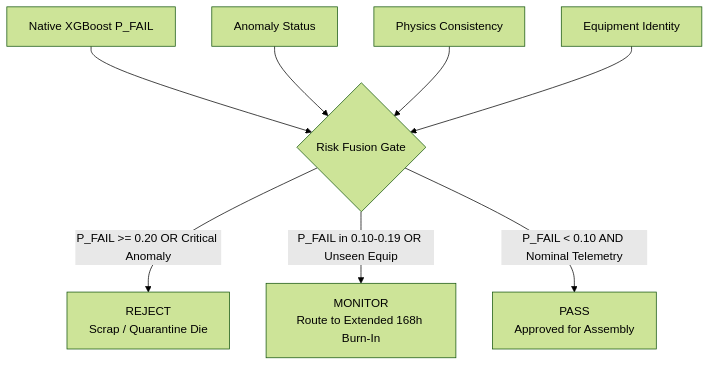
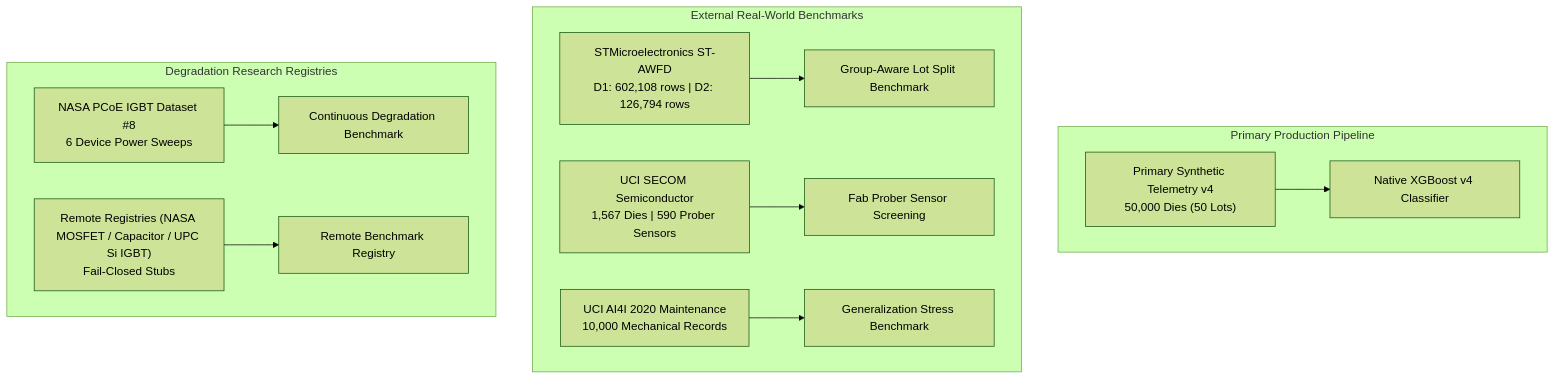
The third of 3 diagrams in README.md (umeshpandeysh/predicta-26), drawn with Mermaid (forest theme) before and after one commit. The commit also changed other lines of this file, not shown here.

Commit message:
docs: redesign README.md for SIH PS-170 with judge-first architecture, dataset coverage ecosystem, and engineering rigor

````diff
--- a/README.md
+++ b/README.md
@@ -302,11 +262,17 @@
 ```mermaid
 flowchart TD
-    A[Native XGBoost P_FAIL] --> G{Risk Fusion Gate}
-    B[Anomaly Status] --> G
-    C[Physics Consistency] --> G
-    D[Equipment Identity] --> G
+    subgraph PRODUCTION ["Primary Production Pipeline"]
+        A["Primary Synthetic Telemetry v4<br/>50,000 Dies (50 Lots)"] --> B[Native XGBoost v4 Classifier]
+    end
 
-    G -->|P_FAIL >= 0.20 OR Critical Anomaly| H[REJECT<br/>Scrap / Quarantine Die]
-    G -->|P_FAIL in 0.10-0.19 OR Unseen Equip| I[MONITOR<br/>Route to Extended 168h Burn-In]
-    G -->|P_FAIL < 0.10 AND Nominal Telemetry| J[PASS<br/>Approved for Assembly]
+    subgraph EXTERNAL ["External Real-World Benchmarks"]
+        C["STMicroelectronics ST-AWFD<br/>D1: 602,108 rows | D2: 126,794 rows"] --> D[Group-Aware Lot Split Benchmark]
+        E["UCI SECOM Semiconductor<br/>1,567 Dies | 590 Prober Sensors"] --> F[Fab Prober Sensor Screening]
+        G["UCI AI4I 2020 Maintenance<br/>10,000 Mechanical Records"] --> H[Generalization Stress Benchmark]
+    end
+
+    subgraph RESEARCH ["Degradation Research Registries"]
+        I["NASA PCoE IGBT Dataset #8<br/>6 Device Power Sweeps"] --> J[Continuous Degradation Benchmark]
+        K["Remote Registries (NASA MOSFET / Capacitor / UPC Si IGBT)<br/>Fail-Closed Stubs"] --> L[Remote Benchmark Registry]
+    end
 ```
````
